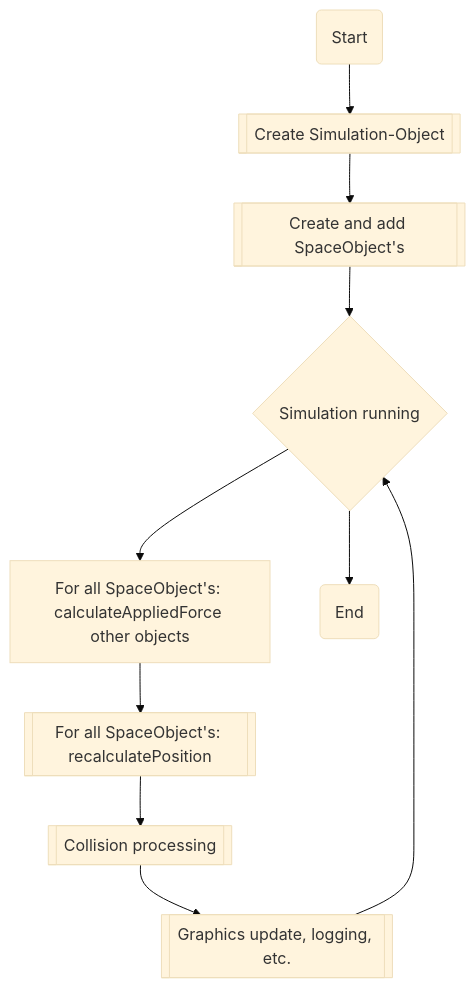
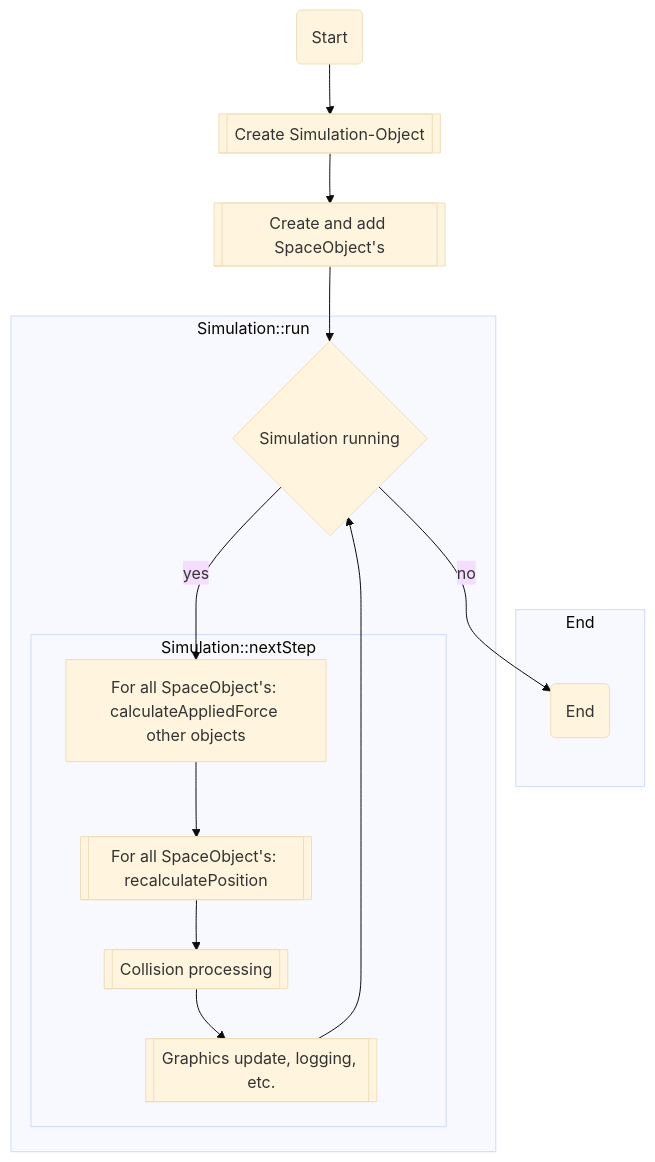
The diagram in docs/processFlowchart.mmd (kotenko-o/simple-orbit-simulator), drawn with Mermaid (base theme) before and after one commit.

Commit message:
feat: update process diagram

```diff
--- a/docs/processFlowchart.mmd
+++ b/docs/processFlowchart.mmd
@@ -1,13 +1,25 @@
 flowchart TD
     %% Nodes
         A(Start)
         B[[Create Simulation-Object]]
         C[[Create and add SpaceObject's]]
         IF1{Simulation running}
         IF1_A[For all SpaceObject's: calculateAppliedForce other objects]
         IF1_B[[For all SpaceObject's: recalculatePosition]]
         IF1_B1[[Collision processing]]
         IF1_C[[Graphics update, logging, etc.]]
         D(End)
     %% Connections
-        A --> B --> C --> IF1 --> IF1_A --> IF1_B --> IF1_B1 --> IF1_C --> IF1 --> D
+        A --> B --> C --> IF1
+        IF1 --yes--> IF1_A
+        IF1_C --> IF1
+        subgraph End
+            D
+        end
+        IF1 -- no --> D
+        subgraph Simulation::run
+            IF1
+            subgraph Simulation::nextStep
+                IF1_A --> IF1_B --> IF1_B1 --> IF1_C
+            end
+        end
```
